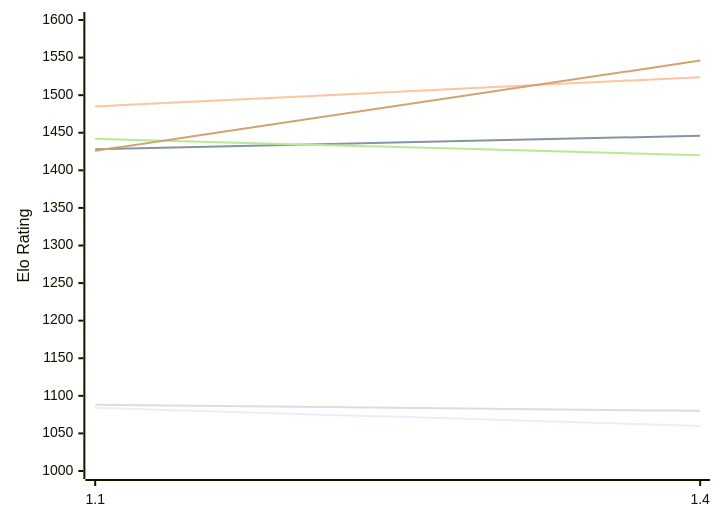
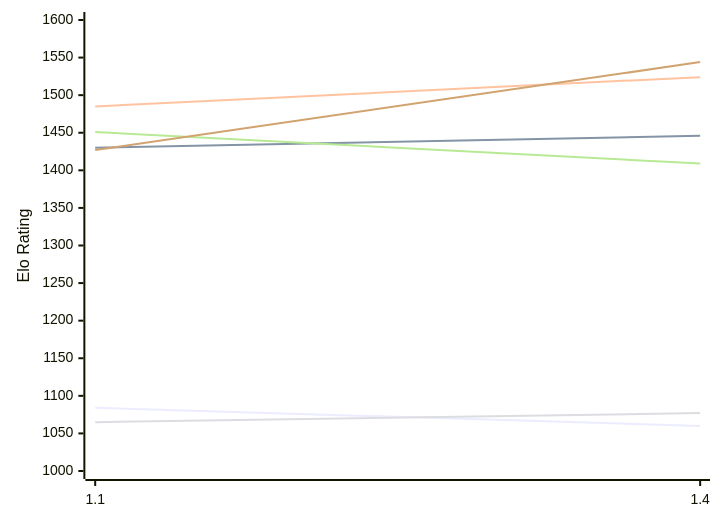
The first of 2 diagrams in engines/USunfish.md (computer-chess-index/cci), drawn with Mermaid before and after one commit. The commit also changed other lines of this file, not shown here.

Commit message:
Update CCI Ratings (ELO VLTC) - 2026-11-20

````diff
--- a/engines/USunfish.md
+++ b/engines/USunfish.md
@@ -50,12 +50,12 @@
 ```mermaid
 %%{init: {"theme":"base","themeVariables":{"seriesColors:['#a3a3a3','#222221','#faa371']}}}%%
 xychart-beta
   x-axis ["1.1", "1.4"]
   y-axis "Elo Rating" 1000 --> 1600
   line "E1: STC (8.0+0.08s)" [1084, 1060]
-  line "E1: LTC (60.0+0.60s)" [1428, 1446]
+  line "E1: LTC (60.0+0.60s)" [1430, 1446]
   line "E1: VLTC (2m24s+1.12s)" [1485, 1524]
-  line "P1: STC (8.0+0.08s)" [1088, 1080]
-  line "P1: LTC (60.0+0.60s)" [1442, 1420]
-  line "P1: VLTC (2m24s+1.12s)" [1426, 1546]
+  line "P1: STC (8.0+0.08s)" [1065, 1077]
+  line "P1: LTC (60.0+0.60s)" [1451, 1409]
+  line "P1: VLTC (2m24s+1.12s)" [1427, 1544]
 ```
````
